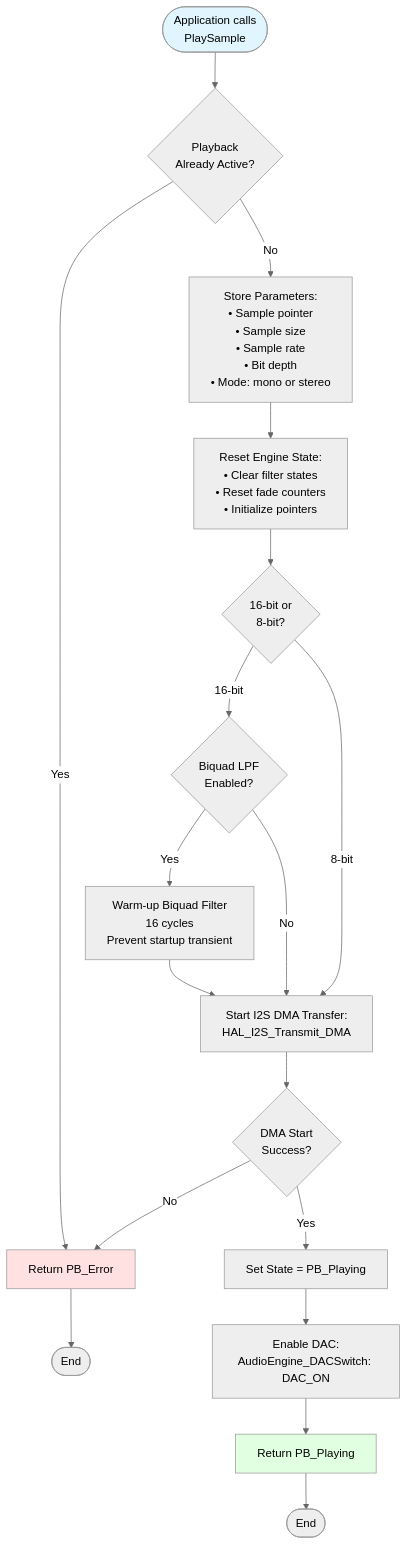
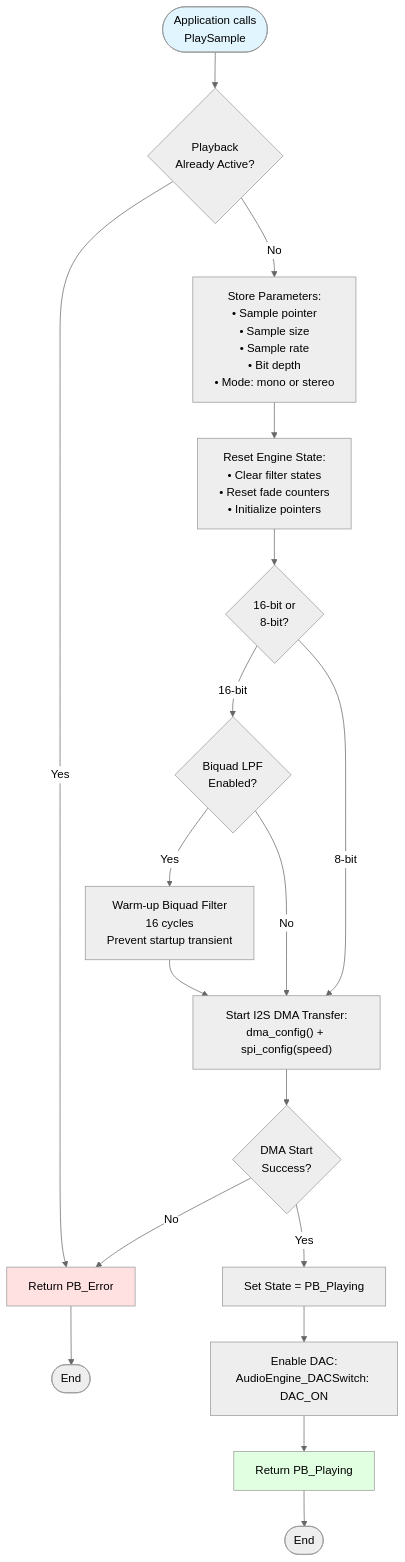
Before and after one commit to JennyDigital/GD32WavePlayer: the second of 10 diagrams in Docs/AUDIO_ENGINE_FLOWCHART.md, drawn with Mermaid (neutral theme). The commit also changed other lines of this file and 19 other files, not shown here.

````diff
--- a/Docs/AUDIO_ENGINE_FLOWCHART.md
+++ b/Docs/AUDIO_ENGINE_FLOWCHART.md
@@ -72,34 +72,34 @@
 ```mermaid
 flowchart TD
   Start([Application calls<br/>PlaySample]) --> CheckState{Playback<br/>Already Active?}
   
   CheckState -->|Yes| ReturnError[Return PB_Error]
   CheckState -->|No| StoreParams["Store Parameters:<br/>• Sample pointer<br/>• Sample size<br/>• Sample rate<br/>• Bit depth<br/>• Mode: mono or stereo"]
   
   StoreParams --> ResetState["Reset Engine State:<br/>• Clear filter states<br/>• Reset fade counters<br/>• Initialize pointers"]
   
   ResetState --> CheckDepth{16-bit or<br/>8-bit?}
   
   CheckDepth -->|16-bit| Check16Filters{Biquad LPF<br/>Enabled?}
   CheckDepth -->|8-bit| StartDMA
   
   Check16Filters -->|Yes| Warmup["Warm-up Biquad Filter<br/>16 cycles<br/>Prevent startup transient"]
   Check16Filters -->|No| StartDMA
   
-  Warmup --> StartDMA["Start I2S DMA Transfer:<br/>HAL_I2S_Transmit_DMA"]
+  Warmup --> StartDMA["Start I2S DMA Transfer:<br/>dma_config() + spi_config(speed)"]
   
   StartDMA --> CheckDMAResult{DMA Start<br/>Success?}
   
   CheckDMAResult -->|No| ReturnError
   CheckDMAResult -->|Yes| SetState["Set State = PB_Playing"]
   
   SetState --> EnableDAC["Enable DAC:<br/>AudioEngine_DACSwitch: DAC_ON"]
   
   EnableDAC --> ReturnSuccess[Return PB_Playing]
   ReturnError --> End1([End])
   ReturnSuccess --> End2([End])
 
   style Start fill:#e1f5ff,color:#000000
   style ReturnSuccess fill:#e1ffe1,color:#000000
   style ReturnError fill:#ffe1e1,color:#000000
 ```
````
